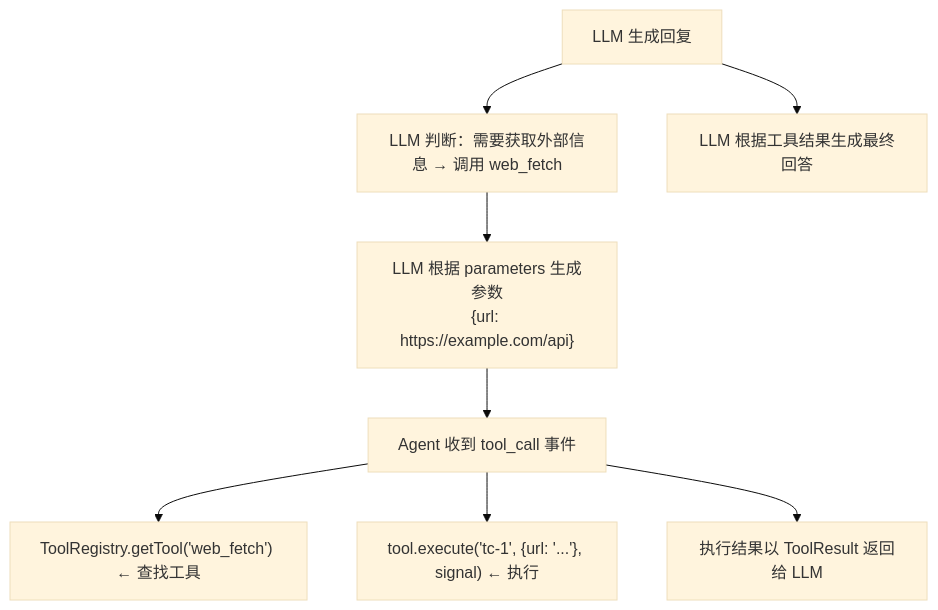
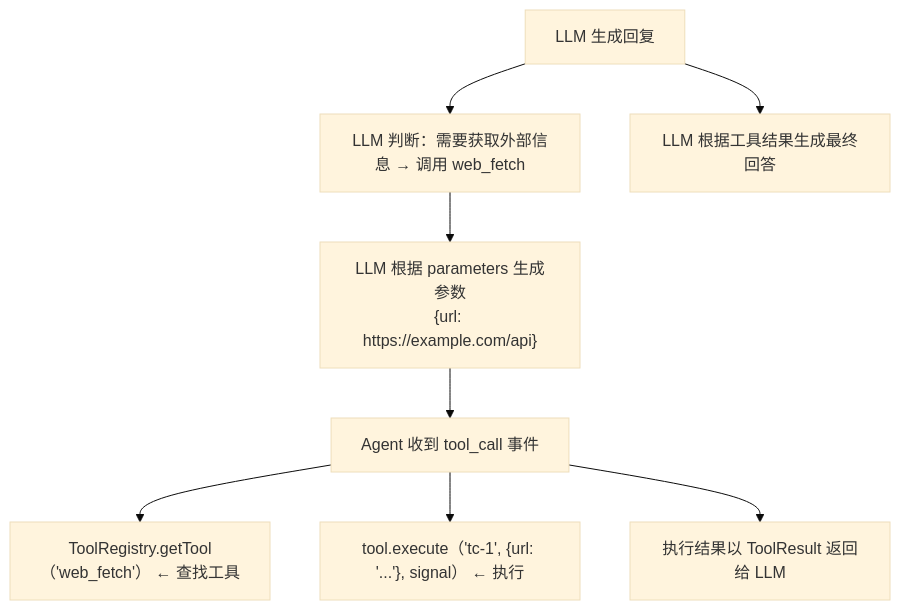
Before and after one commit to KNeegcyao/my-easy-pi: the first of 2 diagrams in docs/10-advanced-topics/01-adding-new-tool.md, drawn with Mermaid (base theme). The commit also changed other lines of this file and 25 other files, not shown here.

First line of the commit message:
fix: 修复 Mermaid 图表语法错误

````diff
--- a/docs/10-advanced-topics/01-adding-new-tool.md
+++ b/docs/10-advanced-topics/01-adding-new-tool.md
@@ -80,10 +80,10 @@
 ```mermaid
 flowchart TD
     LLMReply["LLM 生成回复"] --> Judge["LLM 判断：需要获取外部信息 → 调用 web_fetch"]
     Judge --> GenParams["LLM 根据 parameters 生成参数<br/>{url: https://example.com/api}"]
     GenParams --> AgentEvent["Agent 收到 tool_call 事件"]
-    AgentEvent --> FindTool["ToolRegistry.getTool('web_fetch') ← 查找工具"]
-    AgentEvent --> ExecTool["tool.execute('tc-1', {url: '...'}, signal) ← 执行"]
+    AgentEvent --> FindTool["ToolRegistry.getTool（'web_fetch'） ← 查找工具"]
+    AgentEvent --> ExecTool["tool.execute（'tc-1', {url: '...'}, signal） ← 执行"]
     AgentEvent --> ReturnResult["执行结果以 ToolResult 返回给 LLM"]
     LLMReply --> FinalAnswer["LLM 根据工具结果生成最终回答"]
 ```
````
